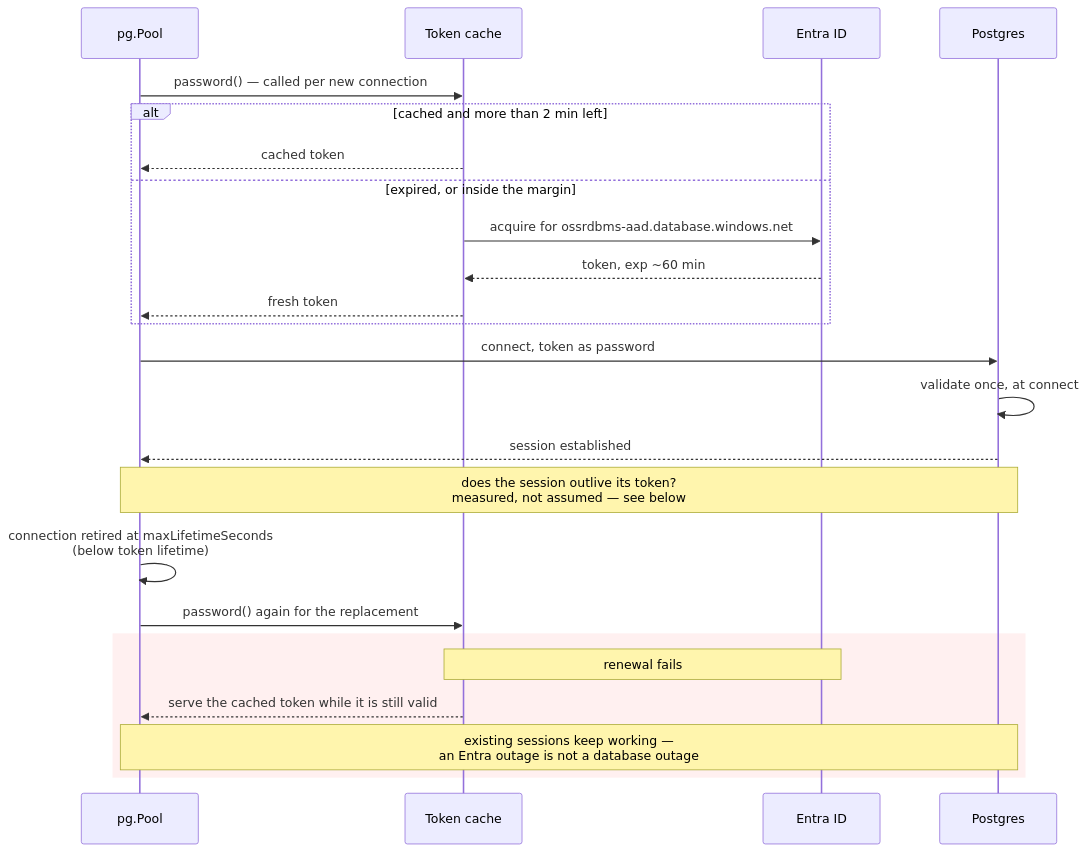
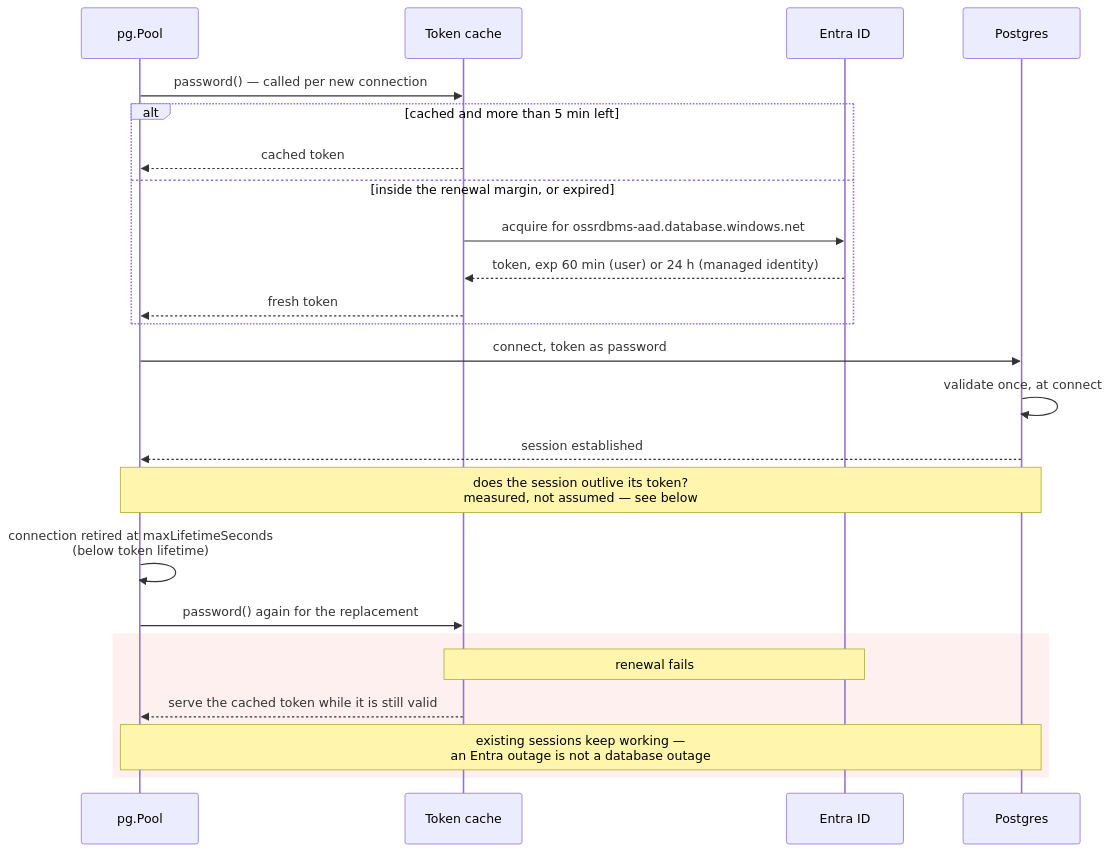
The ninth of 10 diagrams in docs/architecture.md (mbahgatTech/switchback), drawn with Mermaid before and after one commit. The commit also changed other lines of this file and 4 other files, not shown here.

````diff
--- a/docs/architecture.md
+++ b/docs/architecture.md
@@ -286,29 +298,29 @@
 ```mermaid
 sequenceDiagram
   participant P as pg.Pool
   participant T as Token cache
   participant E as Entra ID
   participant DB as Postgres
 
   P->>T: password() — called per new connection
-  alt cached and more than 2 min left
+  alt cached and more than 5 min left
     T-->>P: cached token
-  else expired, or inside the margin
+  else inside the renewal margin, or expired
     T->>E: acquire for ossrdbms-aad.database.windows.net
-    E-->>T: token, exp ~60 min
+    E-->>T: token, exp 60 min (user) or 24 h (managed identity)
     T-->>P: fresh token
   end
   P->>DB: connect, token as password
   DB->>DB: validate once, at connect
   DB-->>P: session established
 
   Note over P,DB: does the session outlive its token?<br/>measured, not assumed — see below
   P->>P: connection retired at maxLifetimeSeconds<br/>(below token lifetime)
   P->>T: password() again for the replacement
 
   rect rgb(255, 240, 240)
     Note over T,E: renewal fails
     T-->>P: serve the cached token while it is still valid
     Note over P,DB: existing sessions keep working —<br/>an Entra outage is not a database outage
   end
 ```
````
